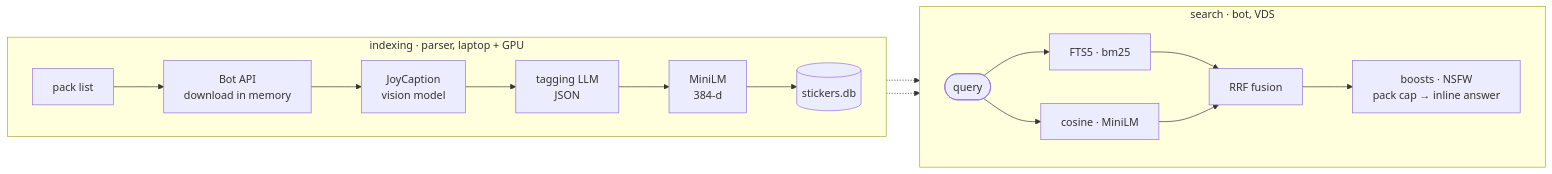
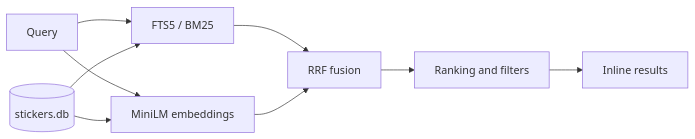
One commit to n0rdii/stickersbot changed the diagram in README.md. Above: the diagram before and after it, drawn with Mermaid. The commit also changed other lines of this file and 1 other file, not shown here.

````diff
--- a/README.md
+++ b/README.md
@@ -38,21 +53,11 @@
 ```mermaid
 flowchart LR
-    subgraph idx ["indexing · parser, laptop + GPU"]
-        direction LR
-        A[pack list] --> B[Bot API<br/>download in memory]
-        B --> C[JoyCaption<br/>vision model]
-        C --> D[tagging LLM<br/>JSON]
-        D --> E[MiniLM<br/>384-d]
-        E --> DB[(stickers.db)]
-    end
-    subgraph srch ["search · bot, VDS"]
-        direction LR
-        Q([query]) --> FTS[FTS5 · bm25]
-        Q --> VEC[cosine · MiniLM]
-        DB -.-> FTS
-        DB -.-> VEC
-        FTS --> RRF[RRF fusion]
-        VEC --> RRF
-        RRF --> OUT[boosts · NSFW<br/>pack cap → inline answer]
-    end
+    Q[Query] --> FTS[FTS5 / BM25]
+    Q --> VEC[MiniLM embeddings]
+    DB[(stickers.db)] --> FTS
+    DB --> VEC
+    FTS --> RRF[RRF fusion]
+    VEC --> RRF
+    RRF --> R[Ranking and filters]
+    R --> A[Inline results]
 ```
````
